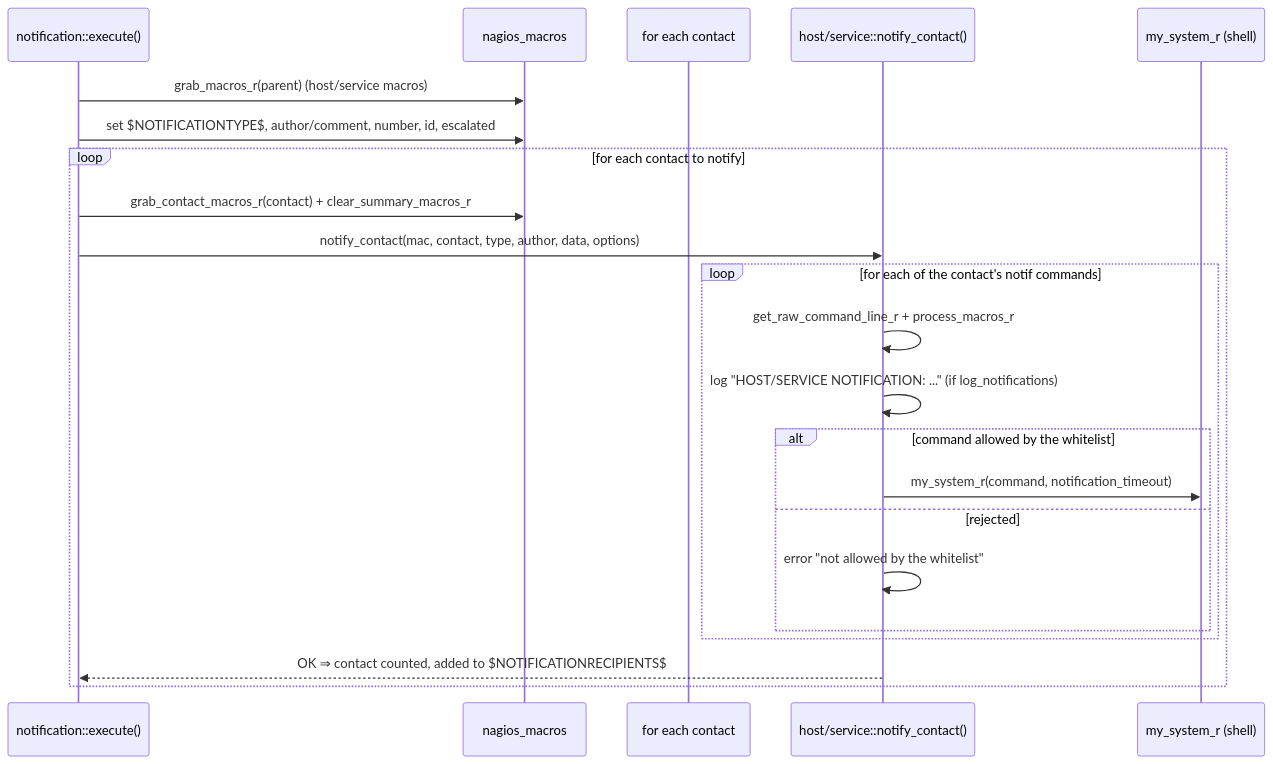
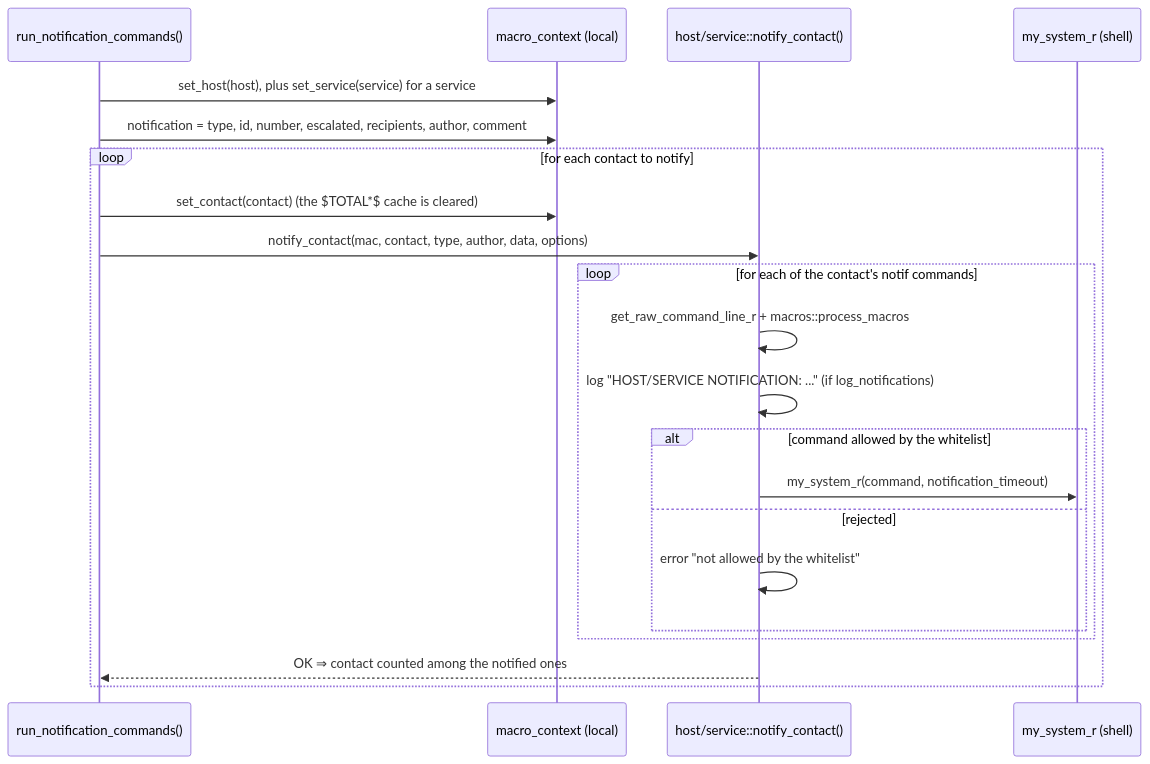
Before and after one commit to centreon/centreon-collect: the second of 14 diagrams in doc/notifications-en.md, drawn with Mermaid. The commit also changed other lines of this file and 3 other files, not shown here.

Commit message:
doc(engine/macros): X stands for the macro name in the syntax tables

````diff
--- a/doc/notifications-en.md
+++ b/doc/notifications-en.md
@@ -137,25 +141,24 @@
 ```mermaid
 sequenceDiagram
-    participant N as notification::execute()
-    participant M as nagios_macros
-    participant CT as for each contact
+    participant R as run_notification_commands()
+    participant M as macro_context (local)
     participant NC as host/service::notify_contact()
     participant SH as my_system_r (shell)
 
-    N->>M: grab_macros_r(parent)  (host/service macros)
-    N->>M: set $NOTIFICATIONTYPE$, author/comment, number, id, escalated
+    R->>M: set_host(host), plus set_service(service) for a service
+    R->>M: notification = type, id, number, escalated, recipients, author, comment
     loop for each contact to notify
-        N->>M: grab_contact_macros_r(contact) + clear_summary_macros_r
-        N->>NC: notify_contact(mac, contact, type, author, data, options)
+        R->>M: set_contact(contact) (the $TOTAL*$ cache is cleared)
+        R->>NC: notify_contact(mac, contact, type, author, data, options)
         loop for each of the contact's notif commands
-            NC->>NC: get_raw_command_line_r + process_macros_r
+            NC->>NC: get_raw_command_line_r + macros::process_macros
             NC->>NC: log "HOST/SERVICE NOTIFICATION: ..." (if log_notifications)
             alt command allowed by the whitelist
                 NC->>SH: my_system_r(command, notification_timeout)
             else rejected
                 NC->>NC: error "not allowed by the whitelist"
             end
         end
-        NC-->>N: OK ⇒ contact counted, added to $NOTIFICATIONRECIPIENTS$
+        NC-->>R: OK ⇒ contact counted among the notified ones
     end
 ```
````
